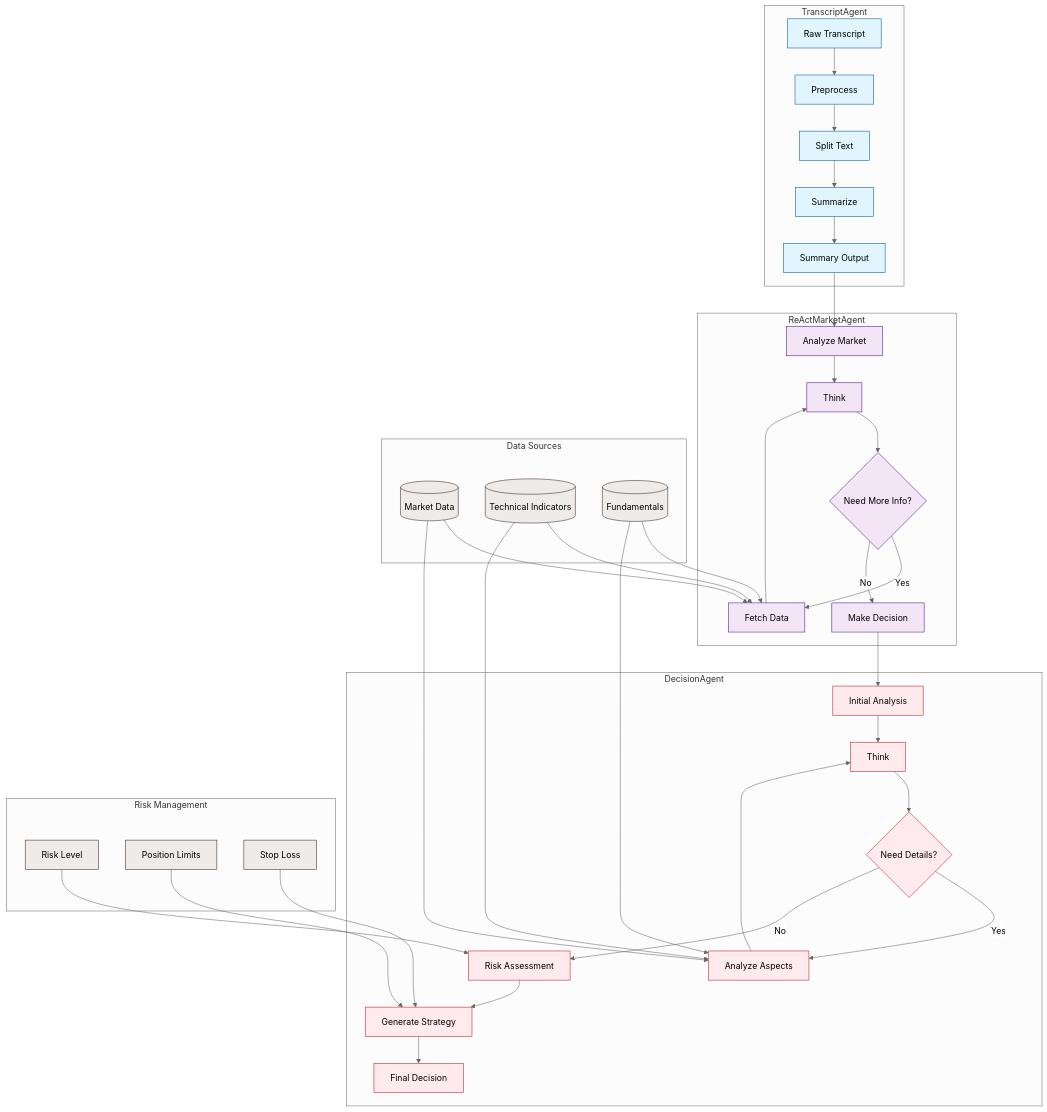
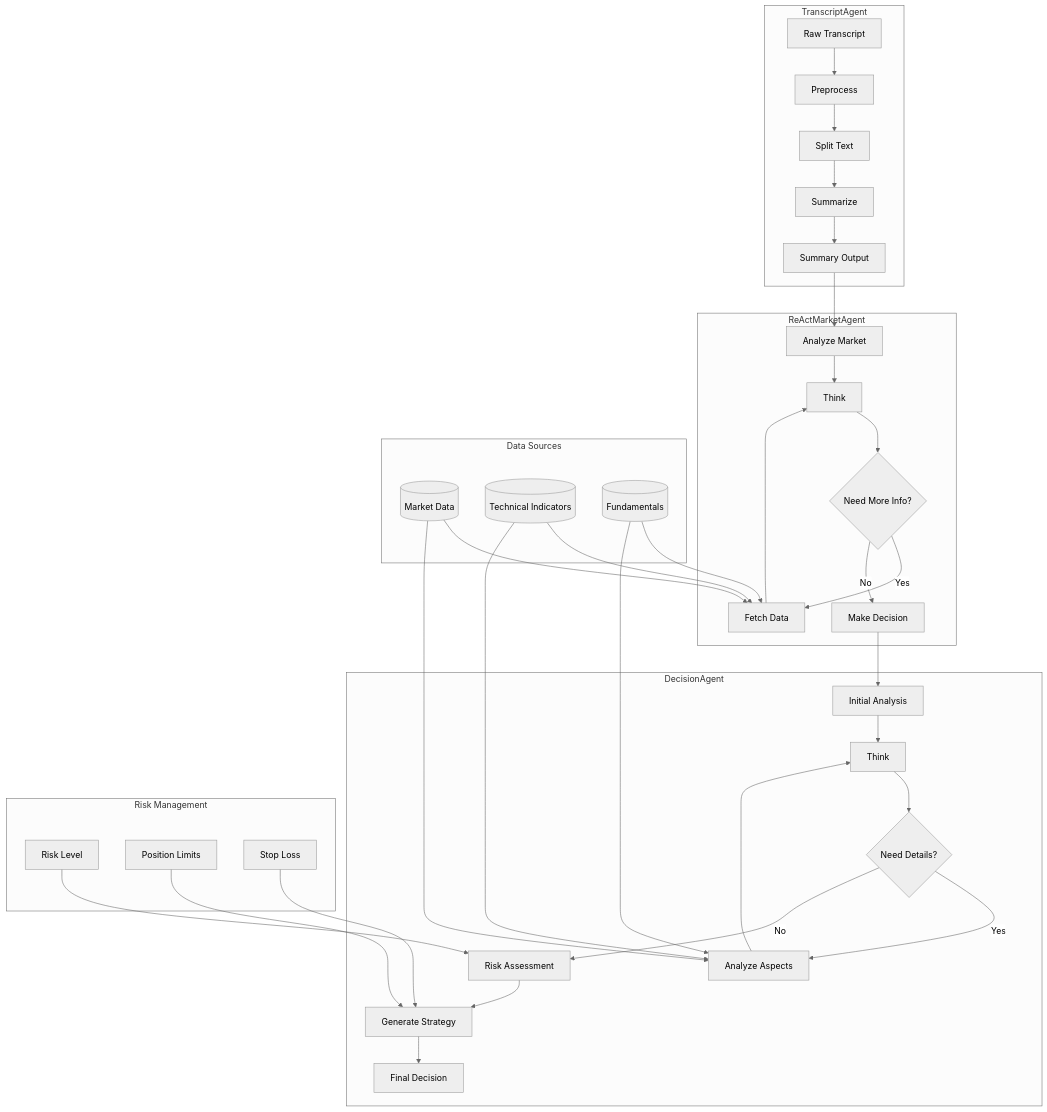
Before and after one commit to andrew76214/Agents4Financial: the diagram in README.md, drawn with Mermaid (neutral theme). The commit also changed other lines of this file and 4 other files, not shown here.

````diff
--- a/README.md
+++ b/README.md
@@ -17,55 +18,44 @@
 ```mermaid
 graph TB
     subgraph TranscriptAgent
         A[Raw Transcript] --> B[Preprocess]
         B --> C[Split Text]
         C --> D[Summarize]
         D --> E[Summary Output]
     end
 
     subgraph ReActMarketAgent
         E --> F[Analyze Market]
         F --> G[Think]
         G --> H{Need More Info?}
         H -->|Yes| I[Fetch Data]
         I --> G
         H -->|No| J[Make Decision]
     end
 
     subgraph DecisionAgent
         J --> K[Initial Analysis]
         K --> L[Think]
         L --> M{Need Details?}
         M -->|Yes| N[Analyze Aspects]
         N --> L
         M -->|No| O[Risk Assessment]
         O --> P[Generate Strategy]
         P --> Q[Final Decision]
     end
 
     subgraph Data Sources
         R[(Market Data)] --> I
         R --> N
         S[(Technical Indicators)] --> I
         S --> N
         T[(Fundamentals)] --> I
         T --> N
     end
 
     subgraph Risk Management
         U[Risk Level] --> O
         V[Position Limits] --> P
         W[Stop Loss] --> P
     end
-
-    classDef primary fill:#e1f5fe,stroke:#01579b
-    classDef secondary fill:#f3e5f5,stroke:#4a148c
-    classDef data fill:#efebe9,stroke:#3e2723
-    classDef decision fill:#ffebee,stroke:#b71c1c
-
-    class A,B,C,D,E primary
-    class F,G,H,I,J secondary
-    class K,L,M,N,O,P,Q decision
-    class R,S,T data
-    class U,V,W data
 ```
````
